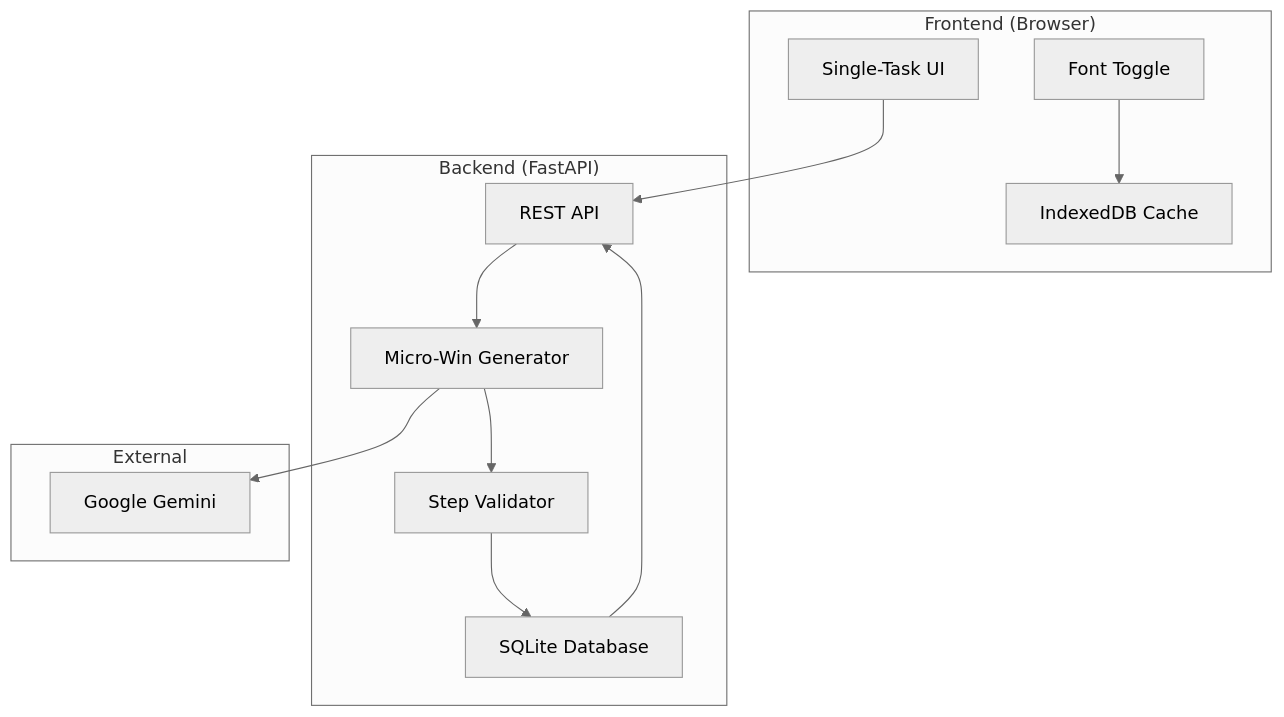
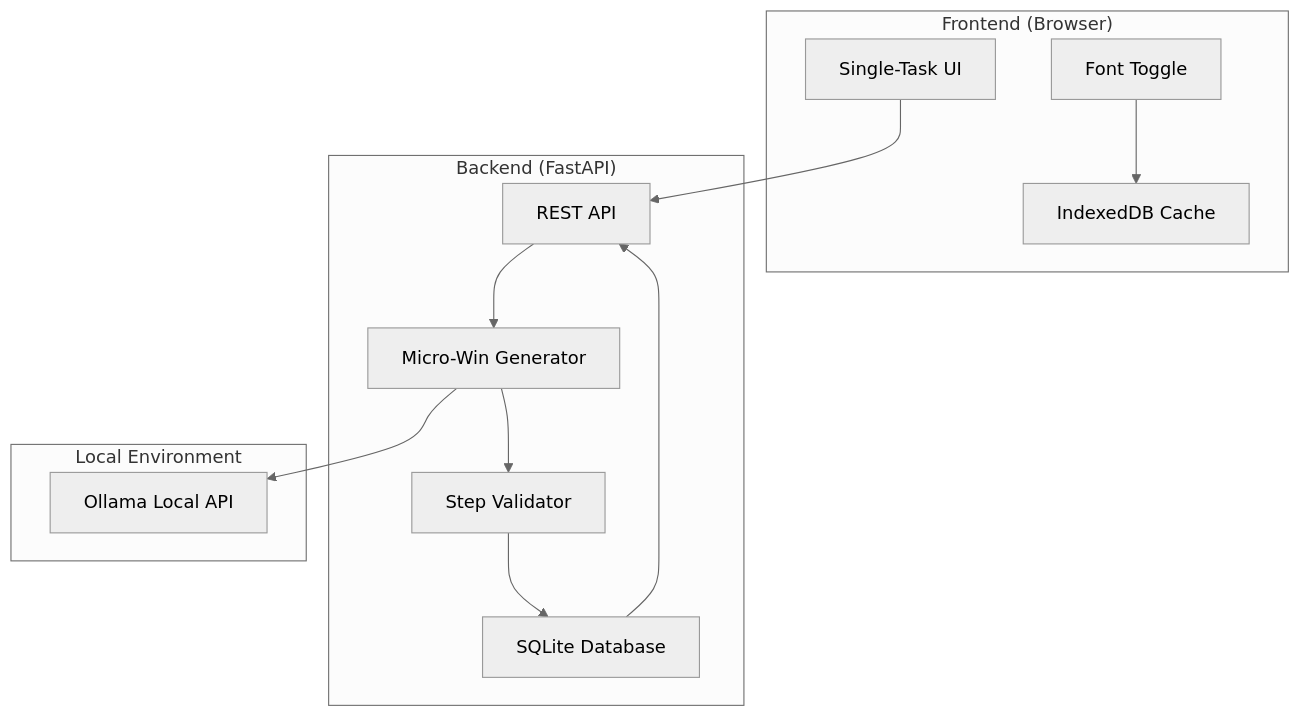
One commit to sivsagar/Neurathon-2026 changed the first of 3 diagrams in ARCHITECTURE.md. Above: the diagram before and after it, drawn with Mermaid (neutral theme). The commit also changed other lines of this file and 7 other files, not shown here.

````diff
--- a/ARCHITECTURE.md
+++ b/ARCHITECTURE.md
@@ -19,27 +19,27 @@
 ```mermaid
 graph TB
     subgraph "Frontend (Browser)"
         UI[Single-Task UI]
         FontToggle[Font Toggle]
         LocalCache[IndexedDB Cache]
     end
     
     subgraph "Backend (FastAPI)"
         API[REST API]
         MicroWinService[Micro-Win Generator]
         Validator[Step Validator]
         DB[SQLite Database]
     end
     
-    subgraph "External"
-        LLM[Google Gemini]
+    subgraph "Local Environment"
+        LLM[Ollama Local API]
     end
     
     UI --> API
     FontToggle --> LocalCache
     API --> MicroWinService
     MicroWinService --> Validator
     MicroWinService --> LLM
     Validator --> DB
     DB --> API
 ```
````
